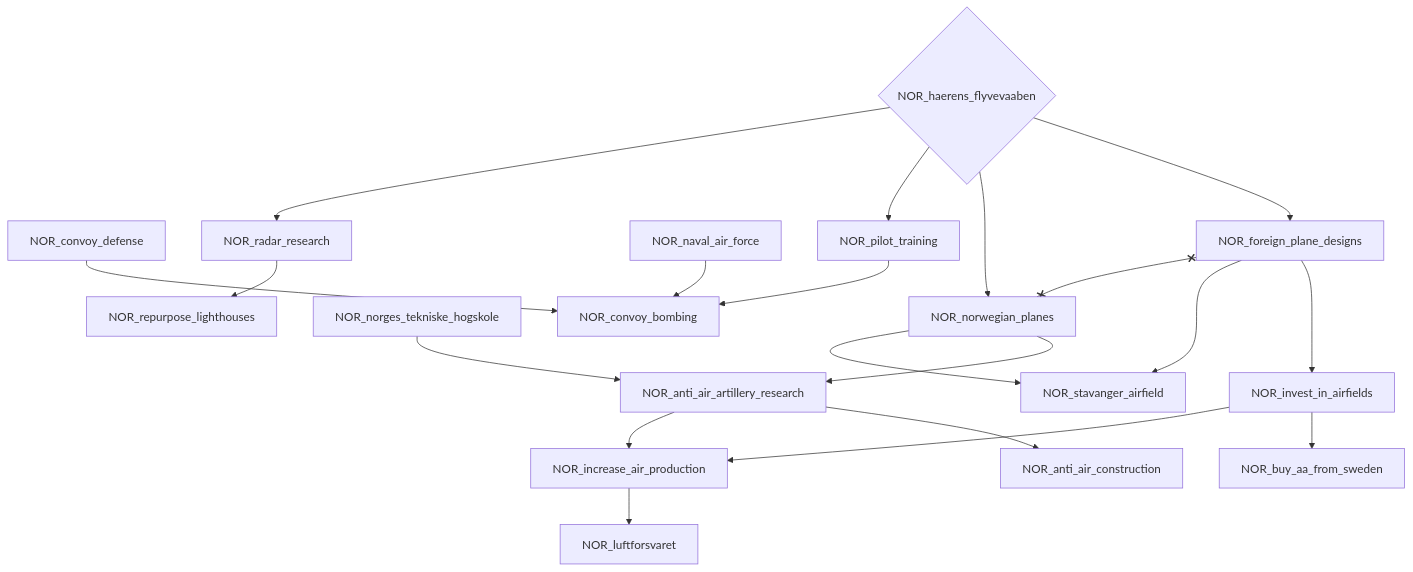
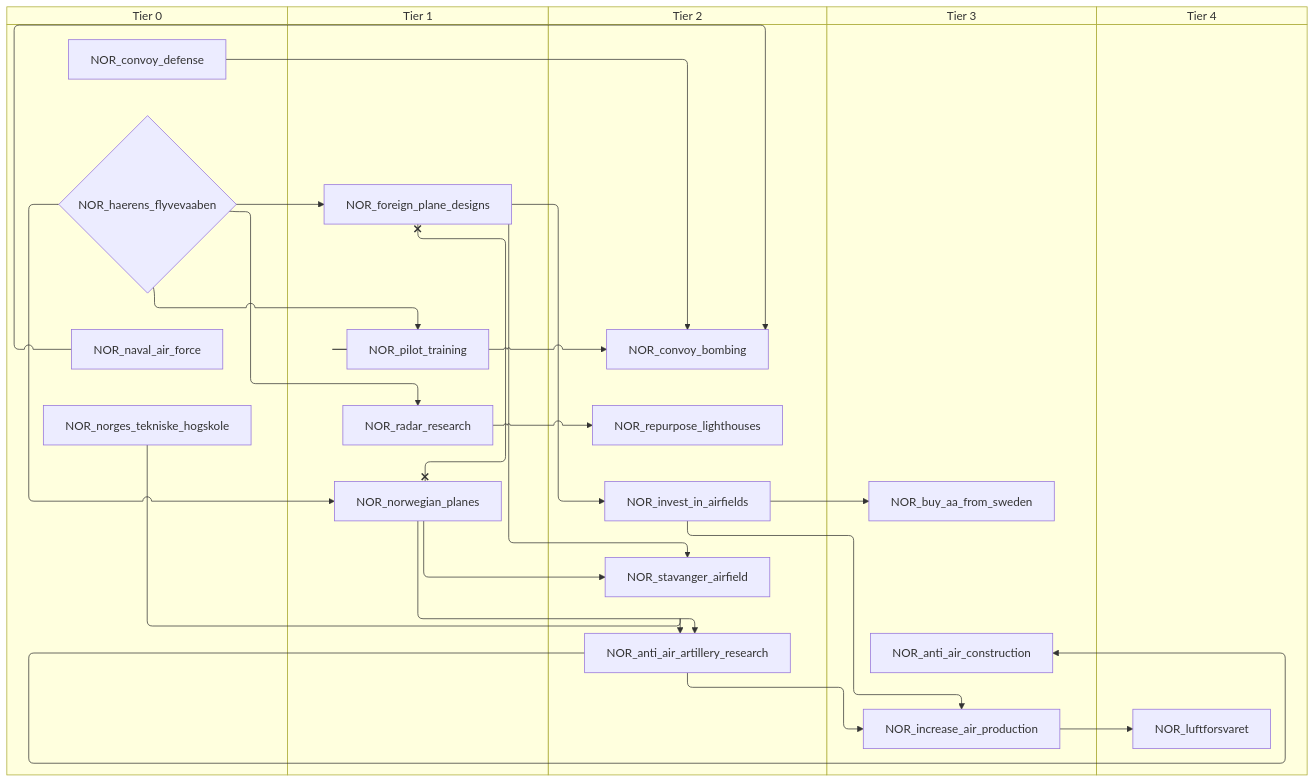
Before and after one commit to evgeny-sobol/hoi4-sandbox-mode-r56: the fourth of 8 diagrams in docs/gdd/National Focuses/r56/norway.md, drawn with Mermaid. The commit also changed other lines of this file and 423 other files, not shown here.

First line of the commit message:
Re-export Rt56 focus trees as swimlane diagrams

````diff
--- a/docs/gdd/National Focuses/r56/norway.md
+++ b/docs/gdd/National Focuses/r56/norway.md
@@ -333,39 +385,49 @@
 ```mermaid
-flowchart TD
-    n41["NOR_anti_air_artillery_research"]
-    n42["NOR_anti_air_construction"]
-    n131["NOR_buy_aa_from_sweden"]
-    n132["NOR_convoy_bombing"]
-    n133["NOR_convoy_defense"]
-    n134["NOR_foreign_plane_designs"]
-    n135{"NOR_haerens_flyvevaaben"}
-    n51["NOR_increase_air_production"]
-    n53["NOR_invest_in_airfields"]
-    n54["NOR_luftforsvaret"]
-    n136["NOR_naval_air_force"]
-    n55["NOR_norges_tekniske_hogskole"]
-    n56["NOR_norwegian_planes"]
-    n137["NOR_pilot_training"]
-    n138["NOR_radar_research"]
-    n139["NOR_repurpose_lighthouses"]
-    n140["NOR_stavanger_airfield"]
-    n56 --> n41
-    n55 --> n41
-    n41 --> n42
-    n53 --> n131
-    n136 --> n132
-    n133 --> n132
-    n137 --> n132
-    n135 --> n134
-    n41 --> n51
-    n53 --> n51
-    n134 --> n53
-    n51 --> n54
-    n135 --> n56
+swimlane-beta TD
+    subgraph tier_0["Tier 0"]
+        n131["NOR_convoy_defense"]
+        n132{"NOR_haerens_flyvevaaben"}
+        n133["NOR_naval_air_force"]
+        n45["NOR_norges_tekniske_hogskole"]
+    end
+    subgraph tier_1["Tier 1"]
+        n134["NOR_foreign_plane_designs"]
+        n43["NOR_norwegian_planes"]
+        n135["NOR_pilot_training"]
+        n136["NOR_radar_research"]
+    end
+    subgraph tier_2["Tier 2"]
+        n47["NOR_anti_air_artillery_research"]
+        n137["NOR_convoy_bombing"]
+        n42["NOR_invest_in_airfields"]
+        n138["NOR_repurpose_lighthouses"]
+        n139["NOR_stavanger_airfield"]
+    end
+    subgraph tier_3["Tier 3"]
+        n53["NOR_anti_air_construction"]
+        n140["NOR_buy_aa_from_sweden"]
+        n55["NOR_increase_air_production"]
+    end
+    subgraph tier_4["Tier 4"]
+        n58["NOR_luftforsvaret"]
+    end
+    n43 --> n47
+    n45 --> n47
+    n47 --> n53
+    n42 --> n140
+    n133 --> n137
+    n131 --> n137
     n135 --> n137
-    n135 --> n138
-    n138 --> n139
-    n56 --> n140
-    n134 --> n140
-    n134 x--x n56
+    n132 --> n134
+    n47 --> n55
+    n42 --> n55
+    n134 --> n42
+    n55 --> n58
+    n132 --> n43
+    n132 --> n135
+    n132 --> n136
+    n136 --> n138
+    n43 --> n139
+    n134 --> n139
+    n134 x--x n43
 ```
````
